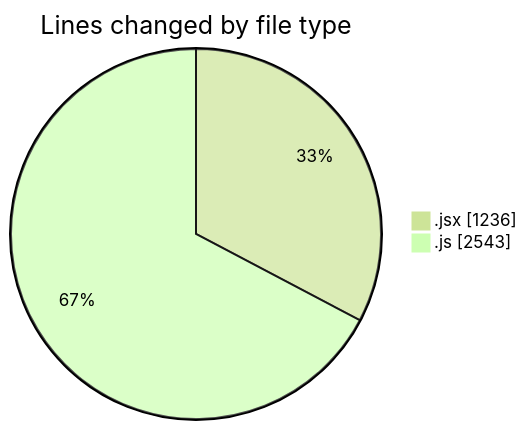
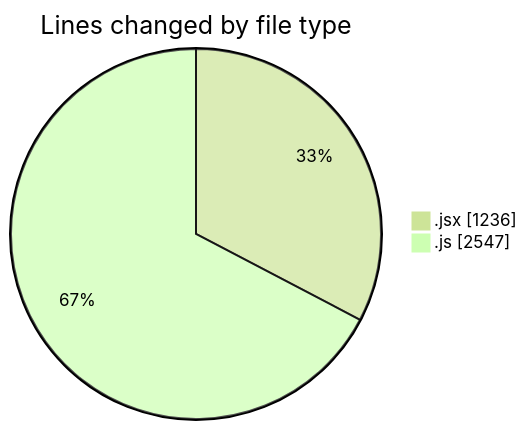
One commit to nxtqubesakshisongat/code-tracking changed the first of 2 diagrams in 2025-07-25/nxtqube_webapp/README.md. Above: the diagram before and after it, drawn with Mermaid (forest theme). The commit also changed other lines of this file and 1 other file, not shown here.

````diff
--- a/2025-07-25/nxtqube_webapp/README.md
+++ b/2025-07-25/nxtqube_webapp/README.md
@@ -33,6 +33,6 @@
 ```mermaid
 pie showData
 title Lines changed by file type
 ".jsx" : 1236
-".js" : 2543
+".js" : 2547
 ```
````
